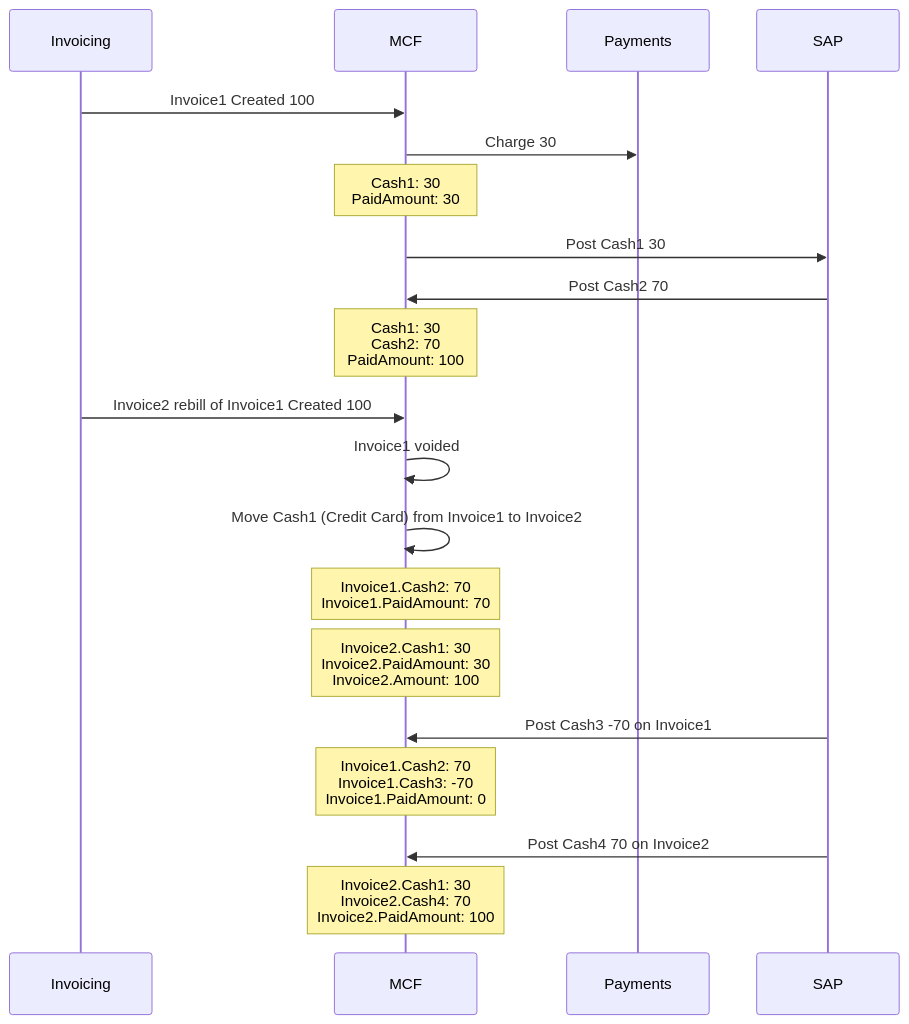
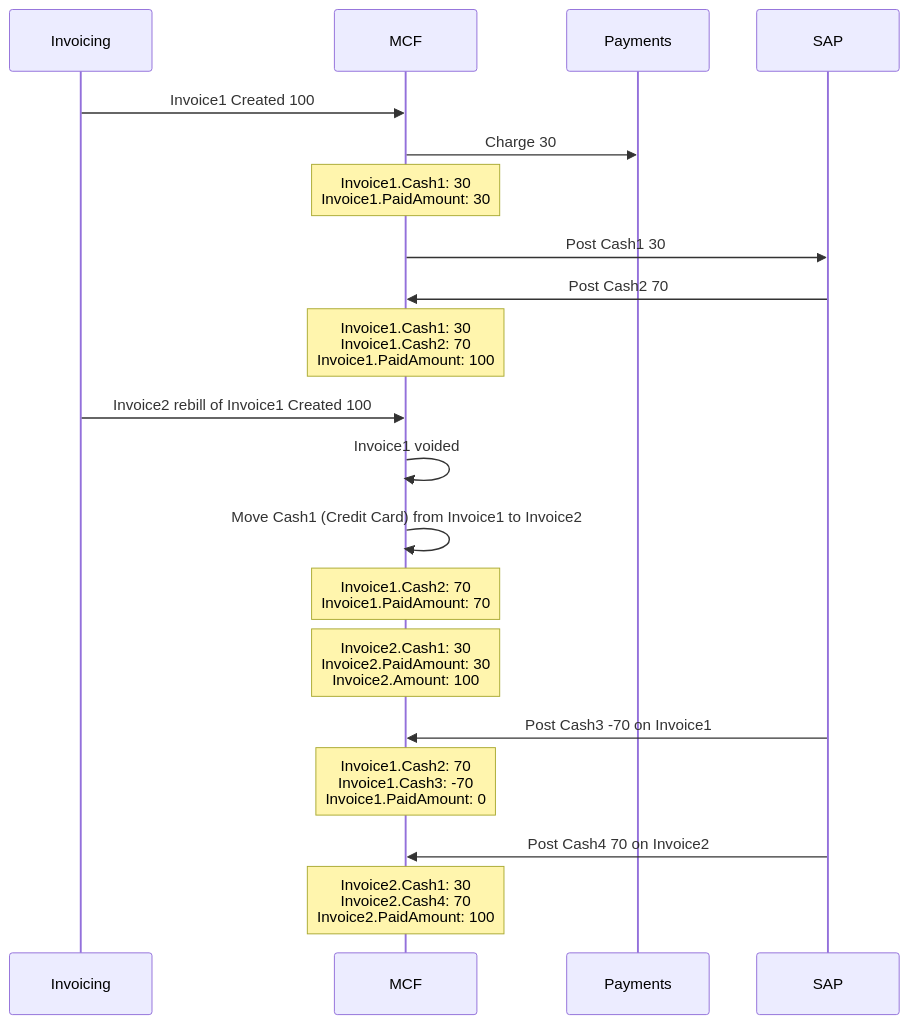
Before and after one commit to vikramsinha/test1: the tenth of 12 diagrams in MCF-SAP Scenarios.md, drawn with Mermaid. The commit also changed other lines of this file, not shown here.

Commit message:
Update MCF-SAP Scenarios.md

````diff
--- a/MCF-SAP Scenarios.md
+++ b/MCF-SAP Scenarios.md
@@ -186,23 +186,23 @@
 ```mermaid
 %%{init: {'theme': 'default'} }%%
 sequenceDiagram
     participant Invoicing
     participant MCF
     participant Payments
     participant SAP
     Invoicing->>MCF: Invoice1 Created 100
     MCF->>Payments: Charge 30
-    Note over MCF: Cash1: 30<br/>PaidAmount: 30
+    Note over MCF: Invoice1.Cash1: 30<br/>Invoice1.PaidAmount: 30
     MCF->>SAP: Post Cash1 30
     SAP->>MCF: Post Cash2 70
-    Note over MCF: Cash1: 30<br/>Cash2: 70<br/>PaidAmount: 100
+    Note over MCF: Invoice1.Cash1: 30<br/>Invoice1.Cash2: 70<br/>Invoice1.PaidAmount: 100
     Invoicing->>MCF: Invoice2 rebill of Invoice1 Created 100
     MCF->>MCF: Invoice1 voided
     MCF->>MCF: Move Cash1 (Credit Card) from Invoice1 to Invoice2
     Note over MCF: Invoice1.Cash2: 70<br/>Invoice1.PaidAmount: 70
     Note over MCF: Invoice2.Cash1: 30<br/>Invoice2.PaidAmount: 30<br/>Invoice2.Amount: 100
     SAP->>MCF: Post Cash3 -70 on Invoice1
     Note over MCF: Invoice1.Cash2: 70<br/>Invoice1.Cash3: -70<br/>Invoice1.PaidAmount: 0
     SAP->>MCF: Post Cash4 70 on Invoice2
     Note over MCF: Invoice2.Cash1: 30<br/>Invoice2.Cash4: 70<br/>Invoice2.PaidAmount: 100
 ```
````
